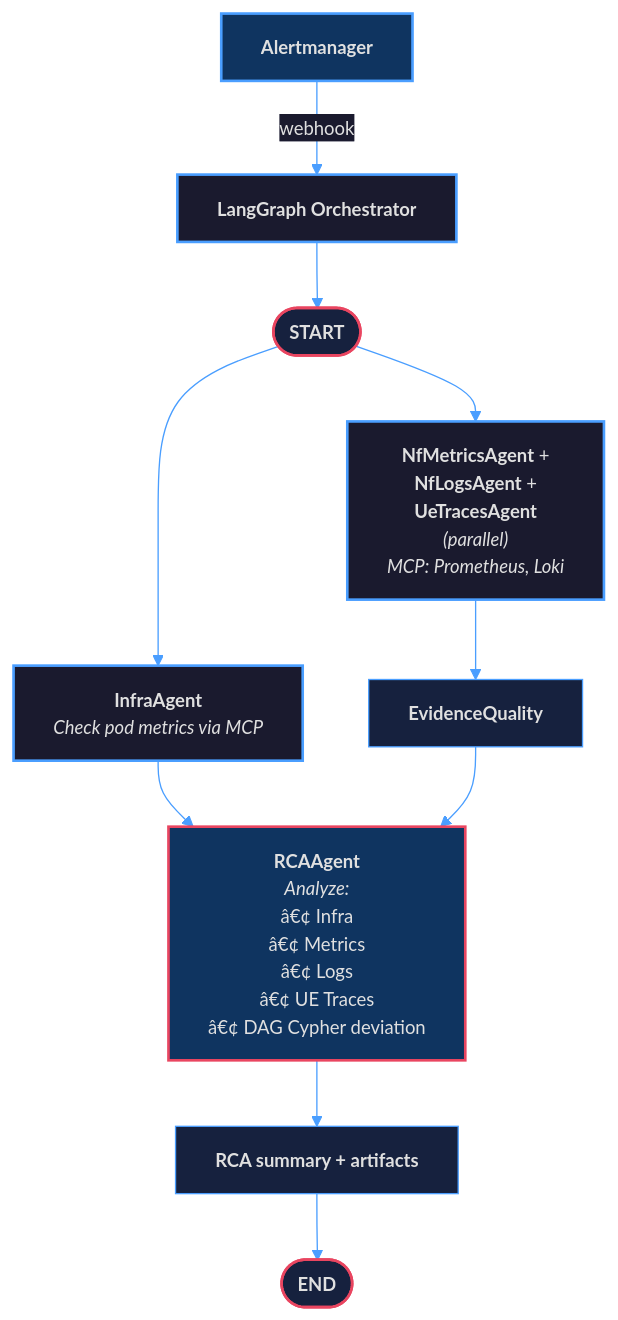
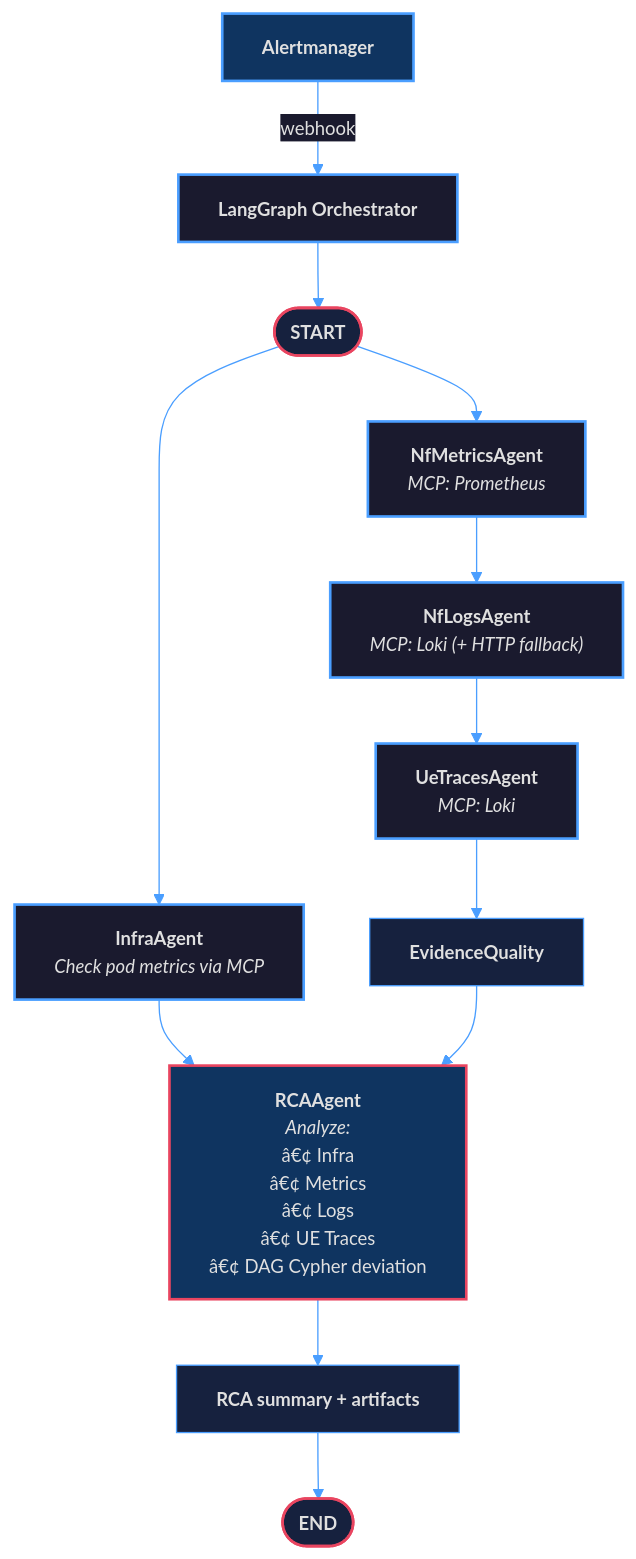
One commit to skapoula/5g-triage-agent changed the diagram in docs/workflow_diagram.mermaid. Above: the diagram before and after it, drawn with Mermaid. The commit also changed 2 other files, not shown here.

Commit message:
docs: align architecture doc and diagrams with v3.2 implementation
- Replace §4.2 TODO with actual LangGraph node/edge definition from graph.py
- Fix §2.1 and §4.1 Mermaid diagrams: data collection is sequential
  (metrics → logs → traces → evidence_quality), not a parallel fan-out
- Fix state_flow_diagram.mermaid and workflow_diagram.mermaid to match
- Add stub caveat to §3.1.1: InfraAgent MCP Prometheus query is currently
  stubbed, so infra_score is always 0.0 until wired
- Retitle §3.3 from "Parallel Execution" to "Sequential Data Collection"
- Update §3.3.2 NfLogsAgent: two-path MCP + direct Loki HTTP fallback
- Update §3.3.3 UeTracesAgent: same two-path architecture, runs after
  NfLogsAgent (not from START), correcting trigger and LLM Calls fields
- Fix §3.1 trigger: parallel with NfMetricsAgent only, not all data agents
- Mark observability/alerting.py and observability/feedback.py as planned
- Update §7.1: K8s API MCP server marked as planned; correct Prometheus
  and Loki default endpoints to match config.py cluster-internal addresses

```diff
--- a/docs/workflow_diagram.mermaid
+++ b/docs/workflow_diagram.mermaid
@@ -1,27 +1,31 @@
 %%{init: {'theme': 'base', 'themeVariables': { 'primaryColor': '#1a1a2e', 'primaryTextColor': '#e0e0e0', 'primaryBorderColor': '#4a9eff', 'lineColor': '#4a9eff', 'secondaryColor': '#16213e', 'tertiaryColor': '#0f3460', 'background': '#0d1117', 'mainBkg': '#1a1a2e', 'nodeBorder': '#4a9eff', 'clusterBkg': '#16213e', 'clusterBorder': '#4a9eff', 'edgeLabelBackground': '#1a1a2e', 'fontFamily': 'Inter, Segoe UI, sans-serif', 'fontSize': '14px' }}}%%
 flowchart TD
     A["<b>Alertmanager</b>"] -->|webhook| B["<b>LangGraph Orchestrator</b>"]
     B --> C(["<b>START</b>"])
 
     C --> D["<b>InfraAgent</b><br/><i>Check pod metrics via MCP</i>"]
-    C --> E["<b>NfMetricsAgent</b> +<br/><b>NfLogsAgent</b> +<br/><b>UeTracesAgent</b><br/><i>(parallel)</i><br/><i>MCP: Prometheus, Loki</i>"]
+    C --> E["<b>NfMetricsAgent</b><br/><i>MCP: Prometheus</i>"]
 
-    E --> F["<b>EvidenceQuality</b>"]
+    E --> E2["<b>NfLogsAgent</b><br/><i>MCP: Loki (+ HTTP fallback)</i>"]
+    E2 --> E3["<b>UeTracesAgent</b><br/><i>MCP: Loki</i>"]
+    E3 --> F["<b>EvidenceQuality</b>"]
 
     D --> G
     F --> G
 
     G["<b>RCAAgent</b><br/><i>Analyze:</i><br/>â€¢ Infra<br/>â€¢ Metrics<br/>â€¢ Logs<br/>â€¢ UE Traces<br/>â€¢ DAG Cypher deviation"]
 
     G --> H["<b>RCA summary + artifacts</b>"]
     H --> I(["<b>END</b>"])
 
     style A fill:#0f3460,stroke:#4a9eff,stroke-width:2px,color:#e0e0e0
     style B fill:#1a1a2e,stroke:#4a9eff,stroke-width:2px,color:#e0e0e0
     style C fill:#16213e,stroke:#e94560,stroke-width:2px,color:#e0e0e0
     style D fill:#1a1a2e,stroke:#4a9eff,stroke-width:2px,color:#e0e0e0
     style E fill:#1a1a2e,stroke:#4a9eff,stroke-width:2px,color:#e0e0e0
+    style E2 fill:#1a1a2e,stroke:#4a9eff,stroke-width:2px,color:#e0e0e0
+    style E3 fill:#1a1a2e,stroke:#4a9eff,stroke-width:2px,color:#e0e0e0
     style F fill:#16213e,stroke:#4a9eff,stroke-width:1px,color:#e0e0e0
     style G fill:#0f3460,stroke:#e94560,stroke-width:2px,color:#e0e0e0
     style H fill:#16213e,stroke:#4a9eff,stroke-width:1px,color:#e0e0e0
     style I fill:#16213e,stroke:#e94560,stroke-width:2px,color:#e0e0e0
```
